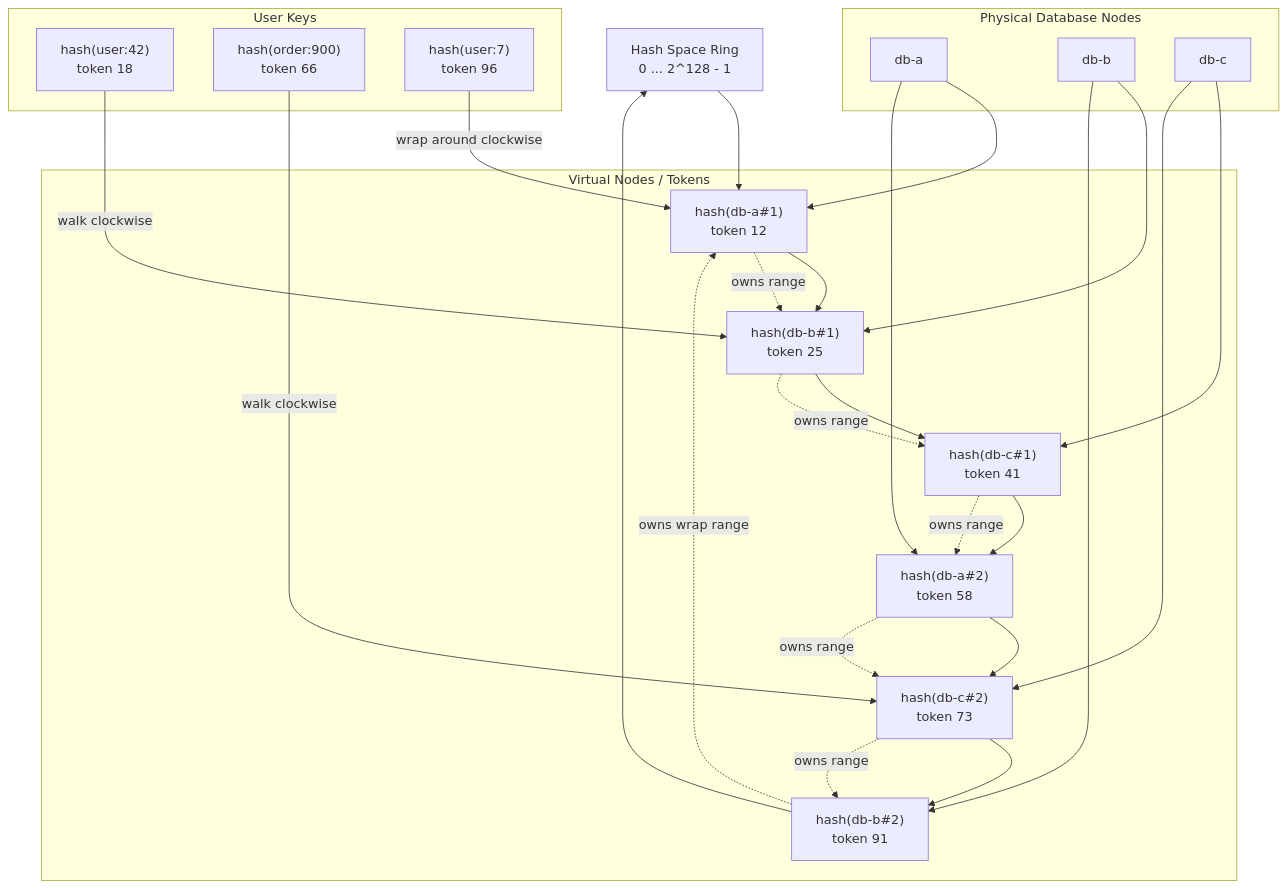
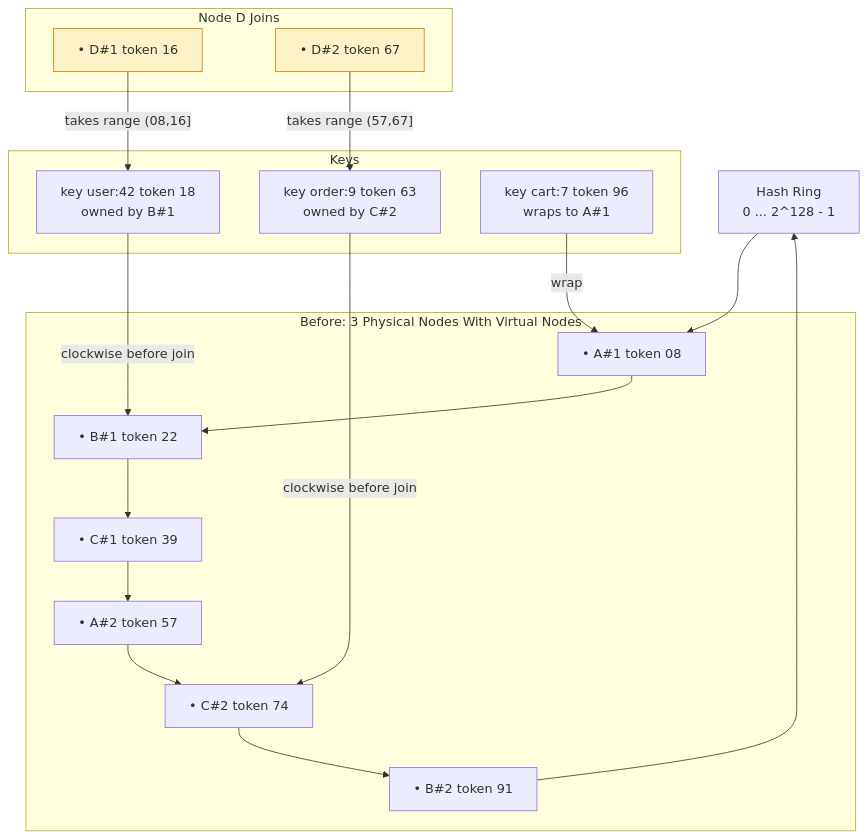
Before and after one commit to MachariaP/system-design-academy: the fourth of 5 diagrams in modules/02-database-scaling.md, drawn with Mermaid. The commit also changed other lines of this file, not shown here.

Commit message:
modified:   modules/02-database-scaling.md

````diff
--- a/modules/02-database-scaling.md
+++ b/modules/02-database-scaling.md
@@ -287,45 +215,34 @@
 ```mermaid
 flowchart TB
-    Ring["Hash Space Ring<br/>0 ... 2^128 - 1"]
+    Ring["Hash Ring<br/>0 ... 2^128 - 1"]
 
-    subgraph Physical["Physical Database Nodes"]
-        A["db-a"]
-        B["db-b"]
-        C["db-c"]
+    subgraph Before["Before: 3 Physical Nodes With Virtual Nodes"]
+        A1["• A#1 token 08"]
+        B1["• B#1 token 22"]
+        C1["• C#1 token 39"]
+        A2["• A#2 token 57"]
+        C2["• C#2 token 74"]
+        B2["• B#2 token 91"]
     end
 
-    subgraph Virtual["Virtual Nodes / Tokens"]
-        A1["hash(db-a#1)<br/>token 12"]
-        B1["hash(db-b#1)<br/>token 25"]
-        C1["hash(db-c#1)<br/>token 41"]
-        A2["hash(db-a#2)<br/>token 58"]
-        C2["hash(db-c#2)<br/>token 73"]
-        B2["hash(db-b#2)<br/>token 91"]
+    subgraph Keys["Keys"]
+        K1["key user:42 token 18<br/>owned by B#1"]
+        K2["key order:9 token 63<br/>owned by C#2"]
+        K3["key cart:7 token 96<br/>wraps to A#1"]
     end
 
-    subgraph Keys["User Keys"]
-        K1["hash(user:42)<br/>token 18"]
-        K2["hash(order:900)<br/>token 66"]
-        K3["hash(user:7)<br/>token 96"]
+    subgraph Join["Node D Joins"]
+        D1["• D#1 token 16"]
+        D2["• D#2 token 67"]
     end
 
     Ring --> A1 --> B1 --> C1 --> A2 --> C2 --> B2 --> Ring
+    K1 -->|"clockwise before join"| B1
+    K2 -->|"clockwise before join"| C2
+    K3 -->|"wrap"| A1
+    D1 -->|"takes range (08,16]"| K1
+    D2 -->|"takes range (57,67]"| K2
 
-    A --> A1
-    A --> A2
-    B --> B1
-    B --> B2
-    C --> C1
-    C --> C2
-
-    K1 -->|"walk clockwise"| B1
-    K2 -->|"walk clockwise"| C2
-    K3 -->|"wrap around clockwise"| A1
-
-    A1 -. owns range .-> B1
-    B1 -. owns range .-> C1
-    C1 -. owns range .-> A2
-    A2 -. owns range .-> C2
-    C2 -. owns range .-> B2
-    B2 -. owns wrap range .-> A1
+    style D1 fill:#fef3c7,stroke:#d97706
+    style D2 fill:#fef3c7,stroke:#d97706
 ```
````
